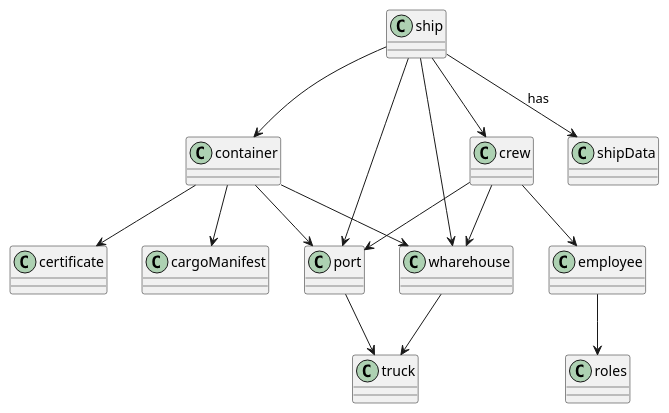
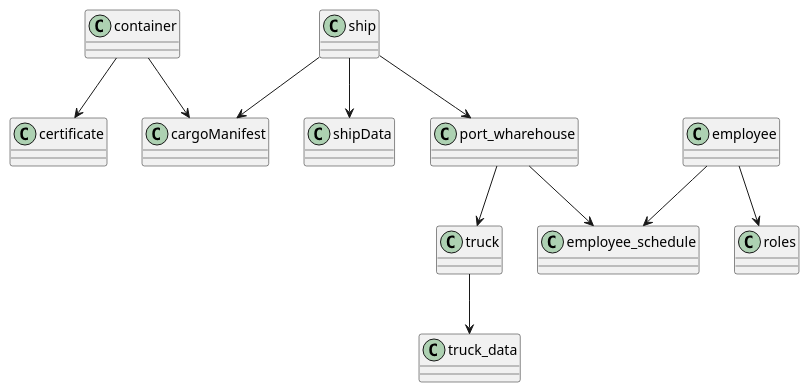
The diagram in docs/Sprint 1/DM.puml (jsmarques98/LAPR3-ISEP), drawn with PlantUML before and after one commit. The commit also changed 5 other files, not shown here.

Commit message:
LAP22G87-14 # Domain and Class Diagram [Design]

```diff
--- a/docs/Sprint 1/DM.puml
+++ b/docs/Sprint 1/DM.puml
@@ -1,38 +1,29 @@
 @startuml
 
 class container{}
 class certificate{}
 class ship{}
 class shipData{}
-class port{}
-class wharehouse{}
-class crew{}
+class port_wharehouse{}
 class roles{}
 class employee{}
 class cargoManifest{}
 class truck{}
+class truck_data
 
-ship-->shipData: has
-ship-->crew
-ship-->container
-ship--> port
-ship--> wharehouse
+ship-->shipData
+ship-->cargoManifest
+ship--> port_wharehouse
 
 container-->cargoManifest
-container-->port
-container-->wharehouse
 container-->certificate
 
-crew-->port
-crew-->wharehouse
-crew-->employee
-
-wharehouse-->truck
-
-port-->truck
+port_wharehouse-->truck
+port_wharehouse-->employee_schedule
 
 employee-->roles
+employee-->employee_schedule
 
-
+truck-->truck_data
 
 @enduml
```
